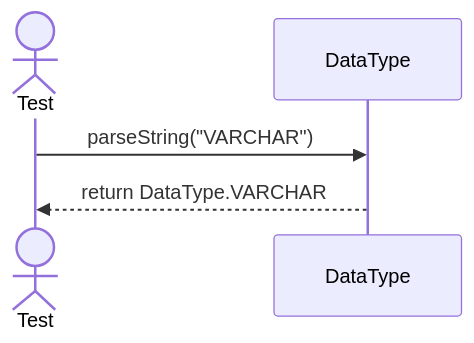
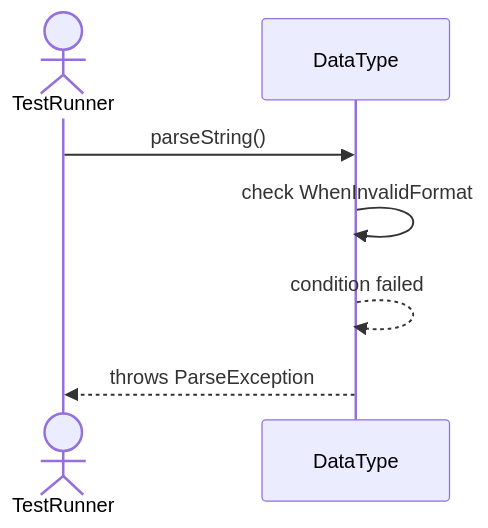
One commit to TamBui1706/DBMS changed the third of 5 diagrams in Sequences/DatabaseObjectManagement/DataType.md. Above: the diagram before and after it, drawn with Mermaid. The commit also changed other lines of this file and 63 other files, not shown here.

Commit message:
Draw sequence diagram for unit tests

````diff
--- a/Sequences/DatabaseObjectManagement/DataType.md
+++ b/Sequences/DatabaseObjectManagement/DataType.md
@@ -18,8 +41,9 @@
 ```mermaid
 sequenceDiagram
-    actor Test
+    actor TestRunner
     participant DataType
-
-    Test->>DataType: parseString("VARCHAR")
-    DataType-->>Test: return DataType.VARCHAR
+    TestRunner->>DataType: parseString()
+    DataType->>DataType: check WhenInvalidFormat
+    DataType-->>DataType: condition failed
+    DataType-->>TestRunner: throws ParseException
 ```
````
